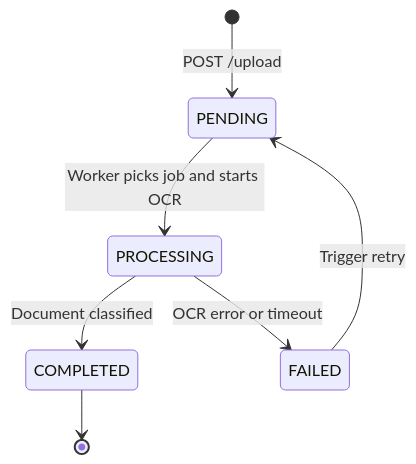
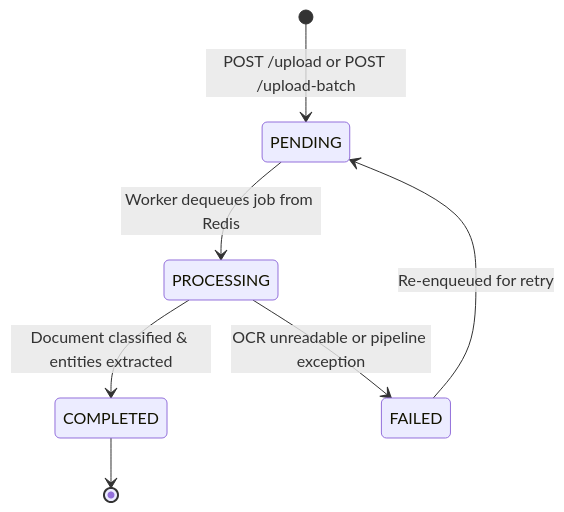
The fourth of 4 diagrams in ARCHITECTURE.md (Shetty073/doc-classification-engine), drawn with Mermaid before and after one commit. The commit also changed other lines of this file and 7 other files, not shown here.

Commit message:
feat: add document classification backend engine, API routers, schemas, and React frontend UI

````diff
--- a/ARCHITECTURE.md
+++ b/ARCHITECTURE.md
@@ -193,9 +220,9 @@
 ```mermaid
 stateDiagram-v2
-    [*] --> PENDING : POST /upload
-    PENDING --> PROCESSING : Worker picks job and starts OCR
-    PROCESSING --> COMPLETED : Document classified
-    PROCESSING --> FAILED : OCR error or timeout
-    FAILED --> PENDING : Trigger retry
+    [*] --> PENDING : POST /upload or POST /upload-batch
+    PENDING --> PROCESSING : Worker dequeues job from Redis
+    PROCESSING --> COMPLETED : Document classified & entities extracted
+    PROCESSING --> FAILED : OCR unreadable or pipeline exception
+    FAILED --> PENDING : Re-enqueued for retry
     COMPLETED --> [*]
 ```
````
